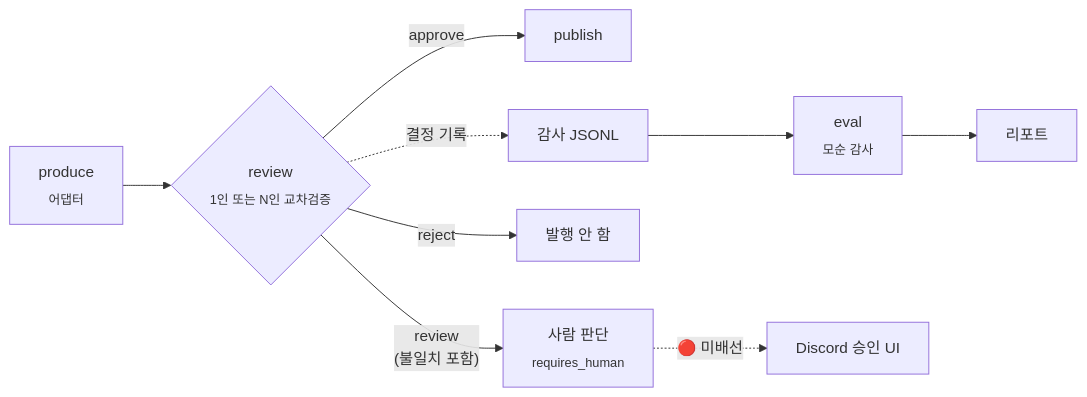
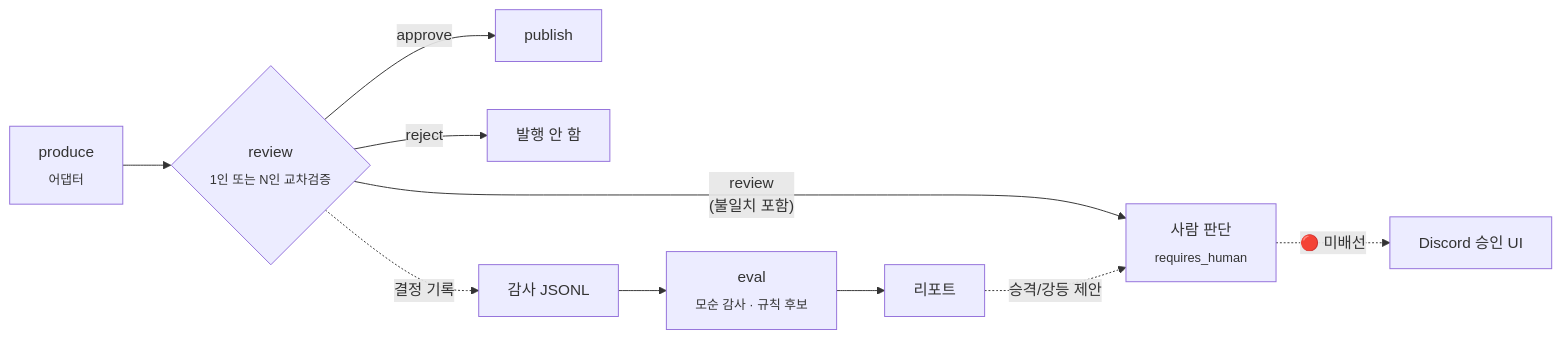
The second of 2 diagrams in README.md (minjun91a/mint-agent), drawn with Mermaid before and after one commit. The commit also changed other lines of this file and 10 other files, not shown here.

````diff
--- a/README.md
+++ b/README.md
@@ -132,10 +138,11 @@
 ```mermaid
 flowchart LR
     P["produce<br/><sub>어댑터</sub>"] --> R{"review<br/><sub>1인 또는 N인 교차검증</sub>"}
     R -->|"approve"| PUB["publish"]
     R -->|"review<br/>(불일치 포함)"| H["사람 판단<br/><sub>requires_human</sub>"]
     R -->|"reject"| X["발행 안 함"]
     R -.->|"결정 기록"| A["감사 JSONL"]
-    A --> E["eval<br/><sub>모순 감사</sub>"] --> RP["리포트"]
+    A --> E["eval<br/><sub>모순 감사 · 규칙 후보</sub>"] --> RP["리포트"]
+    RP -.->|"승격/강등 제안"| H
     H -.->|"🔴 미배선"| D["Discord 승인 UI"]
 ```
````
